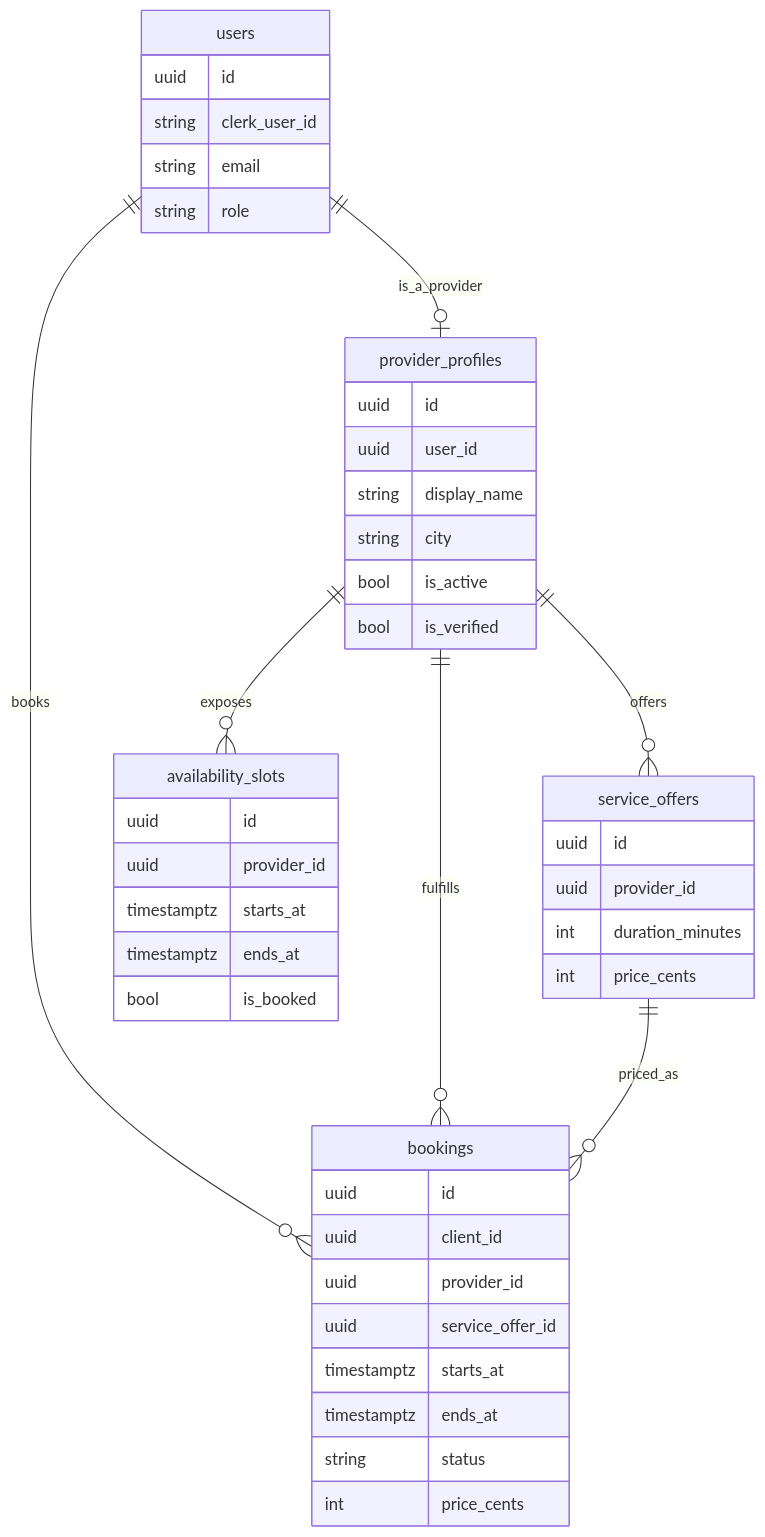
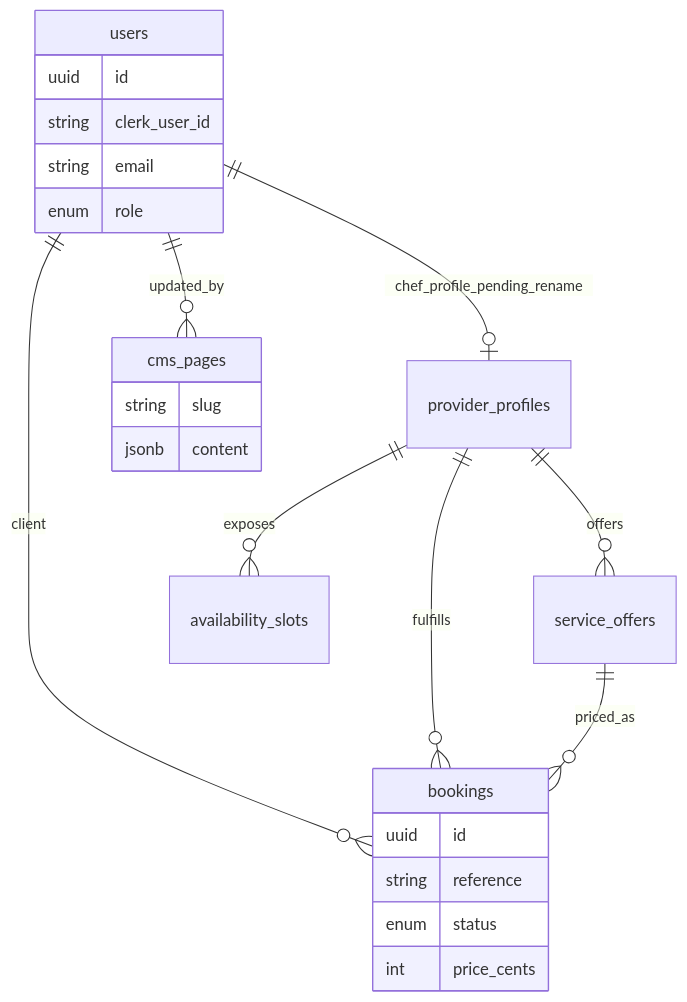
Before and after one commit to LabsFood/LF-BackEnd: the first of 2 diagrams in docs/architecture.md, drawn with Mermaid. The commit also changed other lines of this file and 13 other files, not shown here.

````diff
--- a/docs/architecture.md
+++ b/docs/architecture.md
@@ -60,47 +100,27 @@
 ```mermaid
 erDiagram
-    users ||--o| provider_profiles : "is_a_provider"
-    users ||--o{ bookings : "books"
+    users ||--o| provider_profiles : "chef_profile_pending_rename"
+    users ||--o{ bookings : "client"
     provider_profiles ||--o{ service_offers : "offers"
     provider_profiles ||--o{ availability_slots : "exposes"
     provider_profiles ||--o{ bookings : "fulfills"
     service_offers ||--o{ bookings : "priced_as"
+    users ||--o{ cms_pages : "updated_by"
 
     users {
       uuid id
       string clerk_user_id
       string email
-      string role
-    }
-    provider_profiles {
-      uuid id
-      uuid user_id
-      string display_name
-      string city
-      bool is_active
-      bool is_verified
-    }
-    service_offers {
-      uuid id
-      uuid provider_id
-      int duration_minutes
-      int price_cents
-    }
-    availability_slots {
-      uuid id
-      uuid provider_id
-      timestamptz starts_at
-      timestamptz ends_at
-      bool is_booked
+      enum role
     }
     bookings {
       uuid id
-      uuid client_id
-      uuid provider_id
-      uuid service_offer_id
-      timestamptz starts_at
-      timestamptz ends_at
-      string status
+      string reference
+      enum status
       int price_cents
     }
+    cms_pages {
+      string slug
+      jsonb content
+    }
 ```
````
